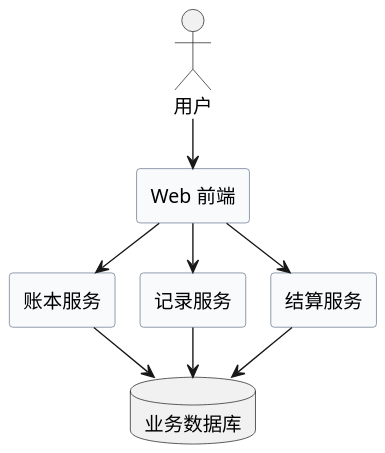
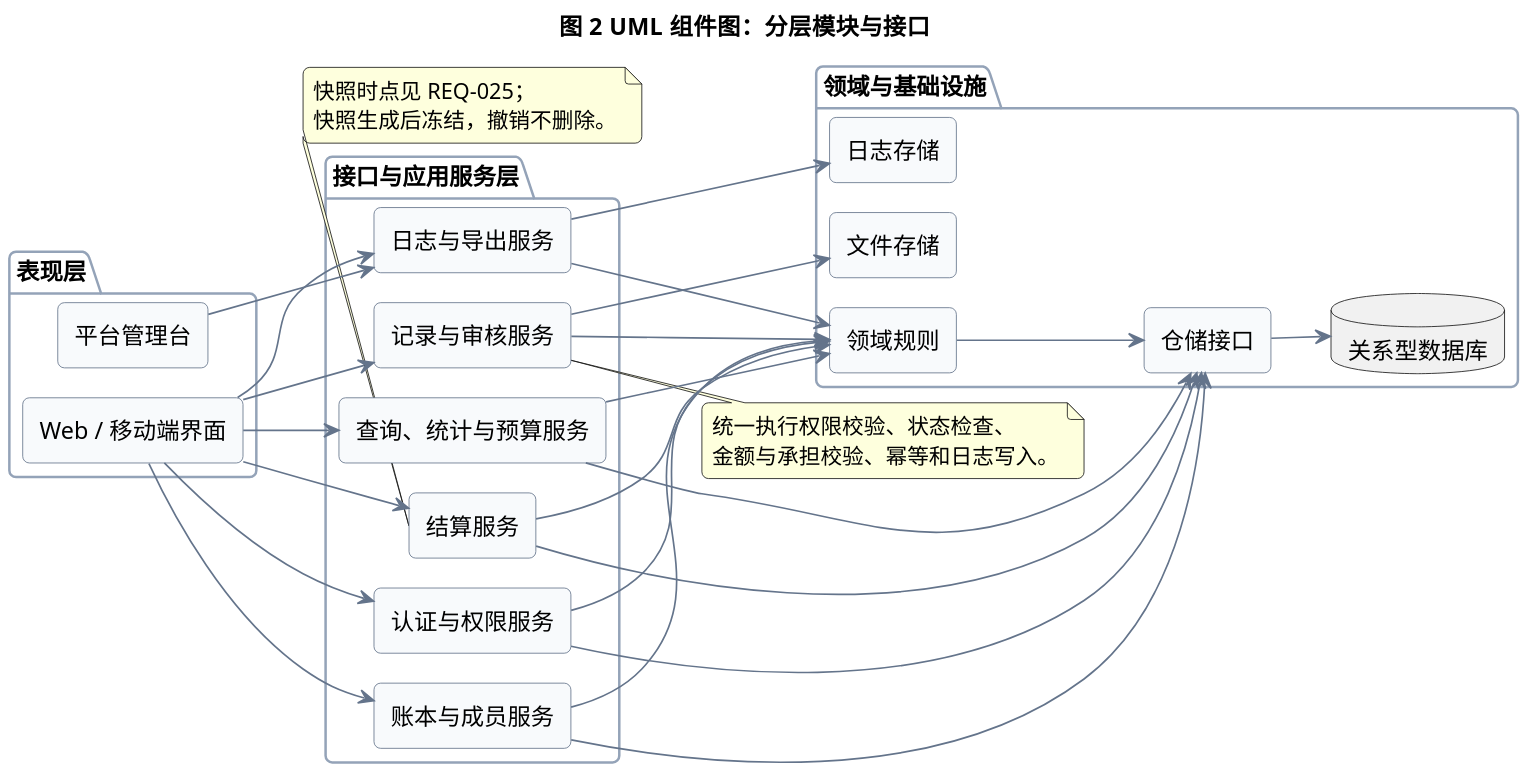
One commit to 1010-code/lab1-requirements-analysis changed the diagram in lab2/UML/UML组件图.puml. Above: the diagram before and after it, drawn with PlantUML. The commit also changed 22 other files, not shown here.

Commit message:
feat: complete lab2 architecture, UI prototypes and report

```diff
--- a/lab2/UML/UML组件图.puml
+++ b/lab2/UML/UML组件图.puml
@@ -1,26 +1,71 @@
 @startuml
 !pragma layout smetana
-skinparam dpi 150
+left to right direction
+skinparam dpi 180
 skinparam defaultFontName "Microsoft YaHei"
+skinparam backgroundColor #FFFFFF
 skinparam shadowing false
+skinparam roundcorner 8
 skinparam componentStyle rectangle
-skinparam component {
-  BackgroundColor #F8FAFC
-  BorderColor #64748B
+skinparam ArrowColor #64748B
+skinparam packageBorderColor #94A3B8
+skinparam componentBackgroundColor #F8FAFC
+skinparam componentBorderColor #64748B
+
+title 图 2  UML 组件图：分层模块与接口
+
+package "表现层" {
+  [Web / 移动端界面] as WebUI
+  [平台管理台] as AdminUI
 }
 
-actor "用户" as User
-component "Web 前端" as Web
-component "账本服务" as LedgerService
-component "记录服务" as RecordService
-component "结算服务" as SettlementService
-database "业务数据库" as DB
+package "接口与应用服务层" {
+  [认证与权限服务] as Auth
+  [账本与成员服务] as LedgerSvc
+  [记录与审核服务] as RecordSvc
+  [查询、统计与预算服务] as QuerySvc
+  [结算服务] as SettleSvc
+  [日志与导出服务] as AuditSvc
+}
 
-User --> Web
-Web --> LedgerService
-Web --> RecordService
-Web --> SettlementService
-LedgerService --> DB
-RecordService --> DB
-SettlementService --> DB
+package "领域与基础设施" {
+  [领域规则] as Domain
+  [仓储接口] as Repo
+  [文件存储] as Files
+  [日志存储] as LogStore
+  database "关系型数据库" as DB
+}
+
+WebUI --> Auth
+WebUI --> LedgerSvc
+WebUI --> RecordSvc
+WebUI --> QuerySvc
+WebUI --> SettleSvc
+WebUI --> AuditSvc
+AdminUI --> AuditSvc
+
+Auth --> Domain
+LedgerSvc --> Domain
+RecordSvc --> Domain
+QuerySvc --> Domain
+SettleSvc --> Domain
+AuditSvc --> Domain
+
+Domain --> Repo
+Repo --> DB
+RecordSvc --> Files
+AuditSvc --> LogStore
+Auth --> Repo
+LedgerSvc --> Repo
+QuerySvc --> Repo
+SettleSvc --> Repo
+
+note right of RecordSvc
+  统一执行权限校验、状态检查、
+  金额与承担校验、幂等和日志写入。
+end note
+note bottom of SettleSvc
+  快照时点见 REQ-025；
+  快照生成后冻结，撤销不删除。
+end note
 @enduml
```
